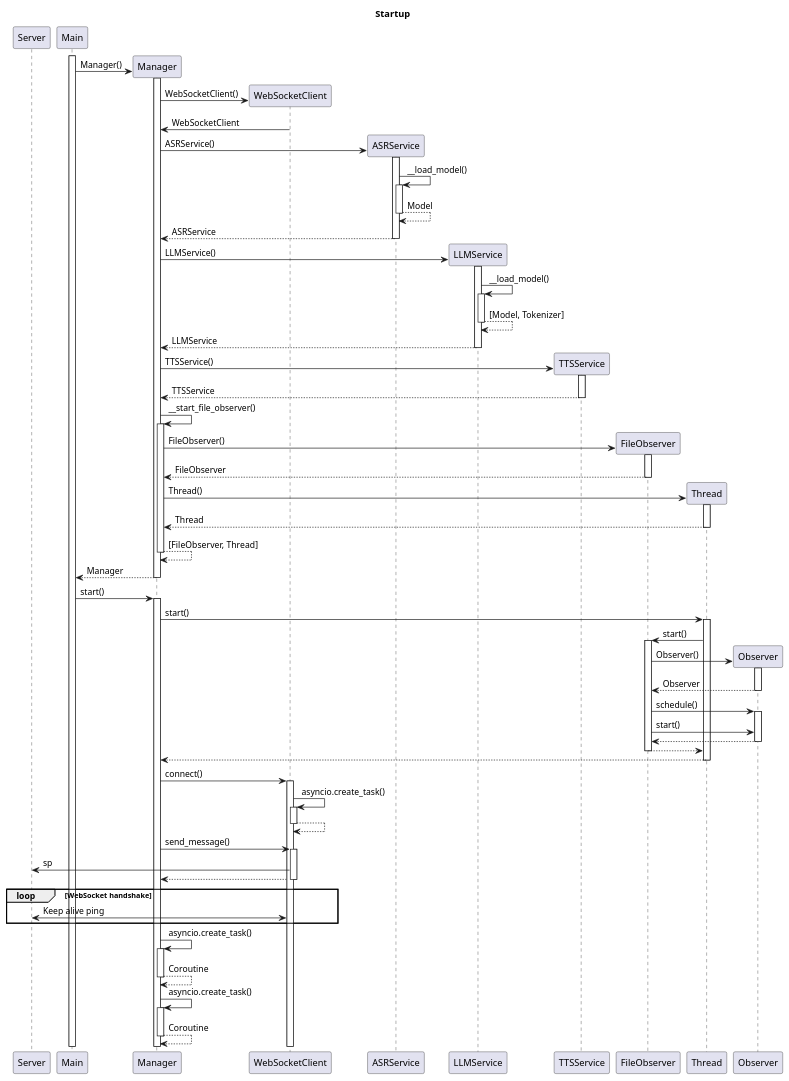
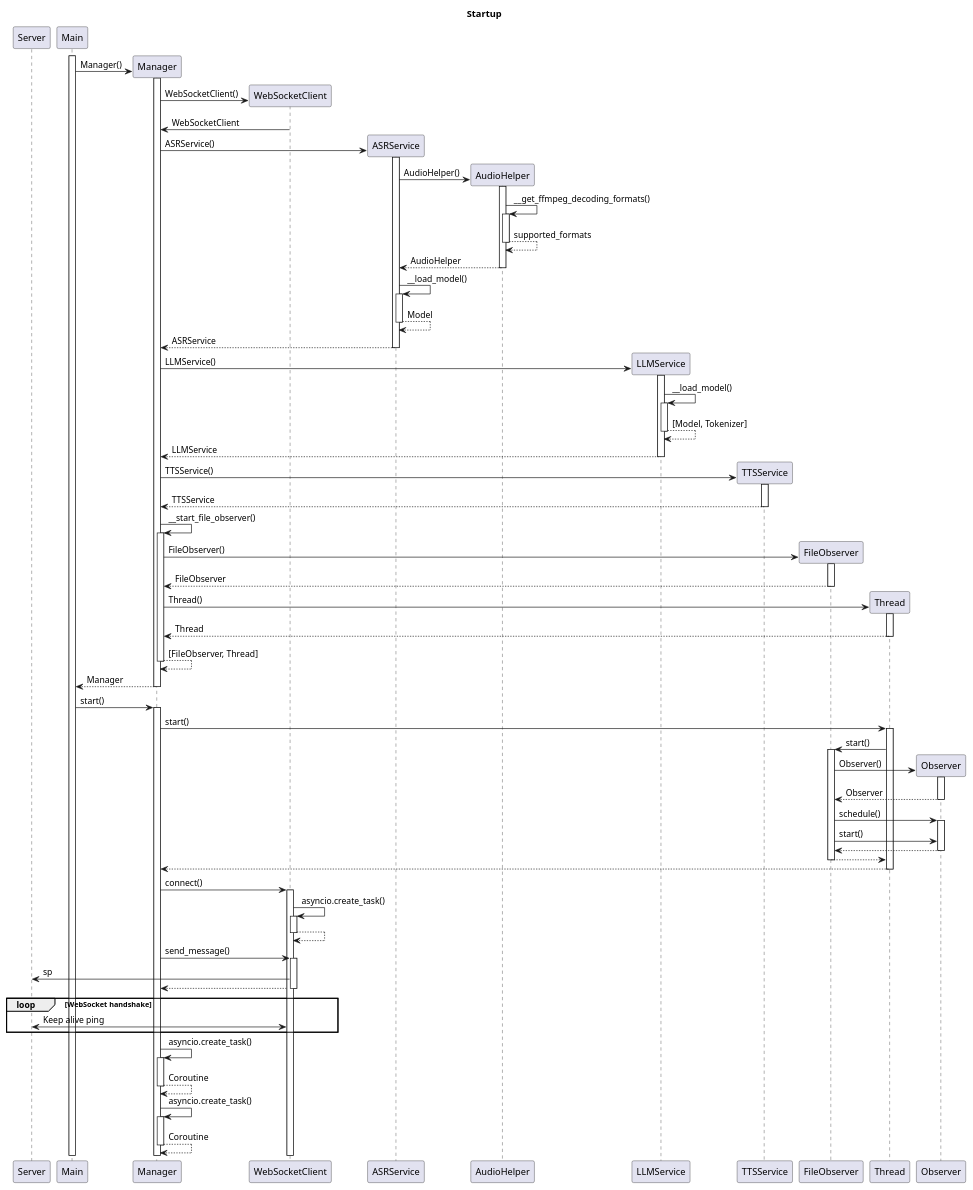
One commit to AnelD/speech_recognition changed the diagram in startup_sequence.puml. Above: the diagram before and after it, drawn with PlantUML.

Commit message:
add audiohelper to startup

```diff
--- a/startup_sequence.puml
+++ b/startup_sequence.puml
@@ -1,97 +1,105 @@
 @startuml
 title Startup
 
 participant Server
 participant Main
 participant Manager
 participant WebSocketClient
 participant ASRService
+participant AudioHelper
 participant LLMService
 participant TTSService
 participant FileObserver
 participant Thread
 
 create Manager
 activate Main
 Main-> Manager : Manager()
 
 create WebSocketClient
 activate Manager
 Manager -> WebSocketClient : WebSocketClient()
 WebSocketClient -> Manager : WebSocketClient
 
 create ASRService
 Manager -> ASRService : ASRService()
 activate ASRService
+create AudioHelper
+ASRService -> AudioHelper : AudioHelper()
+activate AudioHelper
+AudioHelper -> AudioHelper : __get_ffmpeg_decoding_formats()
+activate AudioHelper
+return supported_formats
+return AudioHelper
 ASRService -> ASRService : __load_model()
 activate ASRService
 return Model
 return ASRService
 
 create LLMService
 Manager -> LLMService : LLMService()
 activate LLMService
 LLMService -> LLMService : __load_model()
 activate LLMService
 return [Model, Tokenizer]
 return LLMService
 
 
 create TTSService
 Manager -> TTSService : TTSService()
 activate TTSService
 return TTSService
 
 
 Manager -> Manager : __start_file_observer()
 activate Manager
 create FileObserver
 Manager -> FileObserver : FileObserver()
 activate FileObserver
 return FileObserver
 create Thread
 Manager -> Thread : Thread()
 activate Thread
 return Thread
 return [FileObserver, Thread]
 return Manager
 
 
 Main -> Manager : start()
 activate Manager
 Manager -> Thread : start()
 activate Thread
 Thread -> FileObserver : start()
 activate FileObserver
 create Observer
 FileObserver -> Observer : Observer()
 activate Observer
 return Observer
 FileObserver -> Observer : schedule()
 activate Observer
 FileObserver -> Observer : start()
 return
 return
 return
 
 Manager -> WebSocketClient : connect()
 activate WebSocketClient
 WebSocketClient -> WebSocketClient : asyncio.create_task()
 activate WebSocketClient
 return
 Manager -> WebSocketClient : send_message()
 activate WebSocketClient
 WebSocketClient -> Server : sp
 return
 loop WebSocket handshake
     WebSocketClient <-> Server : Keep alive ping
 end
 
 Manager -> Manager : asyncio.create_task()
 activate Manager
 return Coroutine
 Manager -> Manager : asyncio.create_task()
 activate Manager
 return Coroutine
 
 @enduml
```
